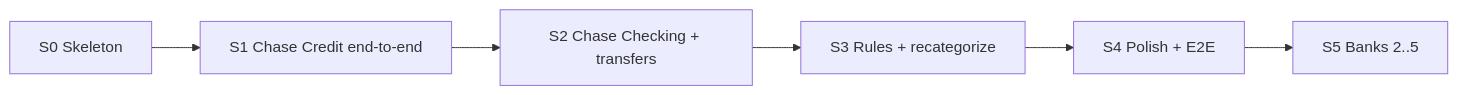
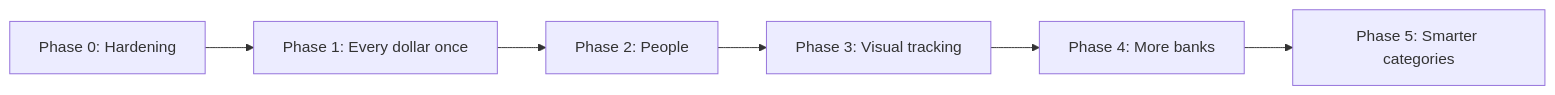
One commit to walletwhisper/walletwhisper.github.io changed the fifth of 5 diagrams in DESIGN.md. Above: the diagram before and after it, drawn with Mermaid. The commit also changed other lines of this file and 26 other files, not shown here.

First line of the commit message:
Rework backend: every dollar once, people, security hardening

````diff
--- a/DESIGN.md
+++ b/DESIGN.md
@@ -306,8 +473,8 @@
 ```mermaid
 flowchart LR
-    S0["S0 Skeleton"] --> S1["S1 Chase Credit end-to-end"]
-    S1 --> S2["S2 Chase Checking + transfers"]
-    S2 --> S3["S3 Rules + recategorize"]
-    S3 --> S4["S4 Polish + E2E"]
-    S4 --> S5["S5 Banks 2..5"]
+    P0["Phase 0: Hardening"] --> P1["Phase 1: Every dollar once"]
+    P1 --> P2["Phase 2: People"]
+    P2 --> P3["Phase 3: Visual tracking"]
+    P3 --> P4["Phase 4: More banks"]
+    P4 --> P5["Phase 5: Smarter categories"]
 ```
````
